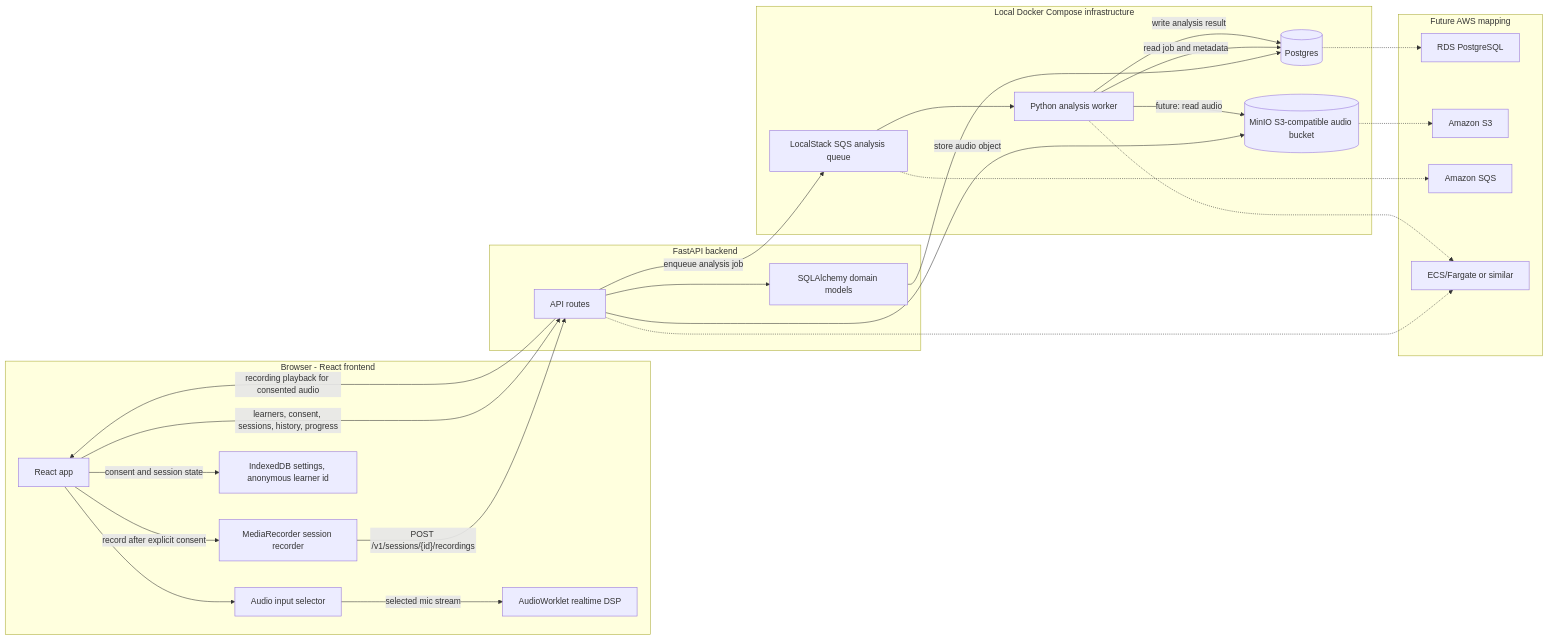
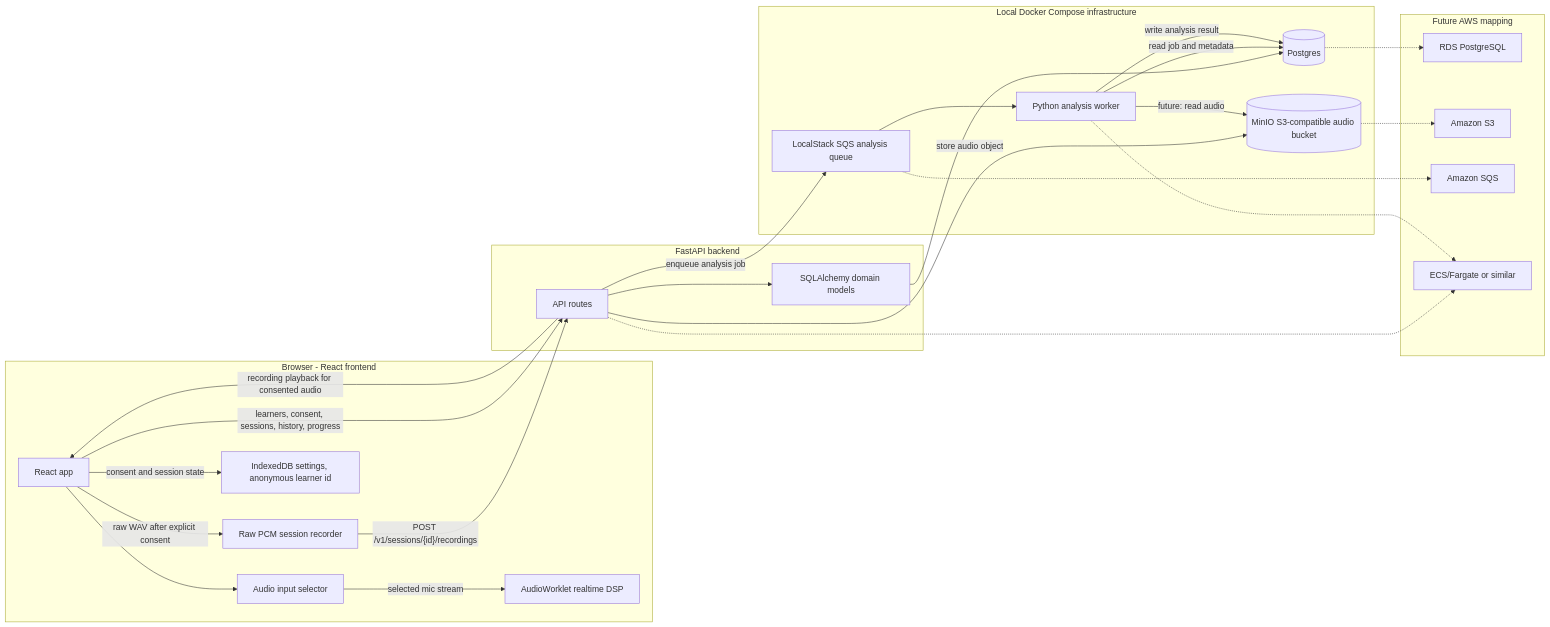
One commit to shivamk3r/guitar changed the diagram in docs/system_diagram.md. Above: the diagram before and after it, drawn with Mermaid. The commit also changed 15 other files, not shown here.

Commit message:
Record unprocessed practice audio as WAV

````diff
--- a/docs/system_diagram.md
+++ b/docs/system_diagram.md
@@ -3,52 +3,52 @@
 ```mermaid
 flowchart LR
   subgraph Browser["Browser - React frontend"]
     UI["React app"]
     MicSelect["Audio input selector"]
     Worklet["AudioWorklet realtime DSP"]
-    Recorder["MediaRecorder session recorder"]
+    Recorder["Raw PCM session recorder"]
     IndexedDB["IndexedDB settings, anonymous learner id"]
   end
 
   subgraph Backend["FastAPI backend"]
     API["API routes"]
     Models["SQLAlchemy domain models"]
   end
 
   subgraph LocalInfra["Local Docker Compose infrastructure"]
     Postgres[("Postgres")]
     MinIO[("MinIO S3-compatible audio bucket")]
     SQS["LocalStack SQS analysis queue"]
     Worker["Python analysis worker"]
   end
 
   UI --> MicSelect
   MicSelect -->|"selected mic stream"| Worklet
   UI -->|"consent and session state"| IndexedDB
-  UI -->|"record after explicit consent"| Recorder
+  UI -->|"raw WAV after explicit consent"| Recorder
   Recorder -->|"POST /v1/sessions/{id}/recordings"| API
   UI -->|"learners, consent, sessions, history, progress"| API
   API -->|"recording playback for consented audio"| UI
 
   API --> Models
   Models --> Postgres
   API -->|"store audio object"| MinIO
   API -->|"enqueue analysis job"| SQS
   SQS --> Worker
   Worker -->|"read job and metadata"| Postgres
   Worker -->|"future: read audio"| MinIO
   Worker -->|"write analysis result"| Postgres
 
   subgraph AWS["Future AWS mapping"]
     RDS["RDS PostgreSQL"]
     S3["Amazon S3"]
     AmazonSQS["Amazon SQS"]
     Containers["ECS/Fargate or similar"]
   end
 
   Postgres -.-> RDS
   MinIO -.-> S3
   SQS -.-> AmazonSQS
   API -.-> Containers
   Worker -.-> Containers
 ```
````
